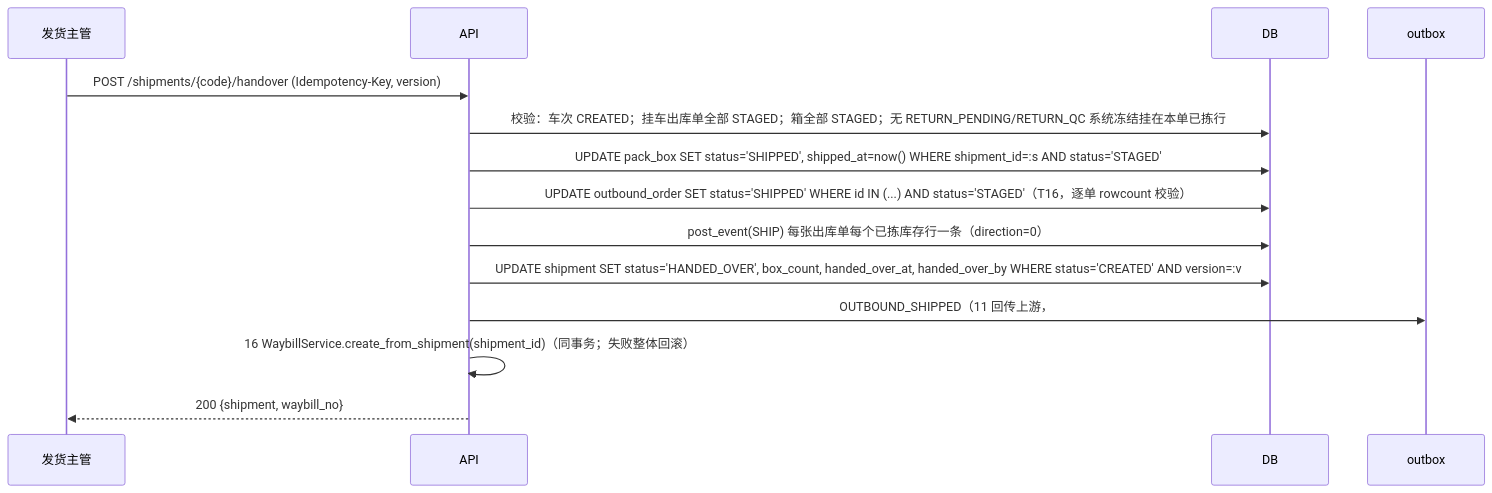
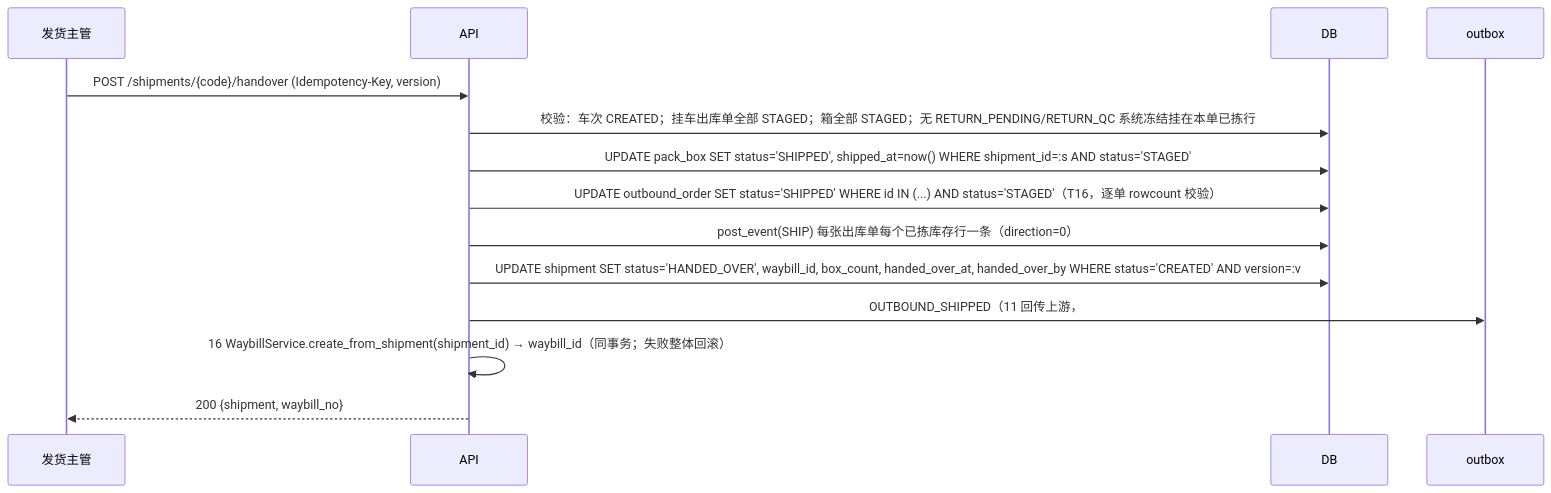
Before and after one commit to Akarin7784/fresh-wms: the fifth of 5 diagrams in docs/06-复核装箱发货.md, drawn with Mermaid. The commit also changed other lines of this file and 3 other files, not shown here.

Commit message:
verify: fail-fast seed; 06 Q6/Q7: weight_g BIGINT, shipment drops driver/vehicle/depart/sign cols, waybill_id

````diff
--- a/docs/06-复核装箱发货.md
+++ b/docs/06-复核装箱发货.md
@@ -207,16 +206,16 @@
 ```mermaid
 sequenceDiagram
   participant S as 发货主管
   participant API
   participant DB
   participant O as outbox
   S->>API: POST /shipments/{code}/handover (Idempotency-Key, version)
   API->>DB: 校验：车次 CREATED；挂车出库单全部 STAGED；箱全部 STAGED；无 RETURN_PENDING/RETURN_QC 系统冻结挂在本单已拣行
   API->>DB: UPDATE pack_box SET status='SHIPPED', shipped_at=now() WHERE shipment_id=:s AND status='STAGED'
   API->>DB: UPDATE outbound_order SET status='SHIPPED' WHERE id IN (...) AND status='STAGED'（T16，逐单 rowcount 校验）
   API->>DB: post_event(SHIP) 每张出库单每个已拣库存行一条（direction=0）
-  API->>DB: UPDATE shipment SET status='HANDED_OVER', box_count, handed_over_at, handed_over_by WHERE status='CREATED' AND version=:v
+  API->>DB: UPDATE shipment SET status='HANDED_OVER', waybill_id, box_count, handed_over_at, handed_over_by WHERE status='CREATED' AND version=:v
   API->>O: OUTBOUND_SHIPPED（11 回传上游，#6）
-  API->>API: 16 WaybillService.create_from_shipment(shipment_id)（同事务；失败整体回滚）
+  API->>API: 16 WaybillService.create_from_shipment(shipment_id) → waybill_id（同事务；失败整体回滚）
   API-->>S: 200 {shipment, waybill_no}
 ```
````
